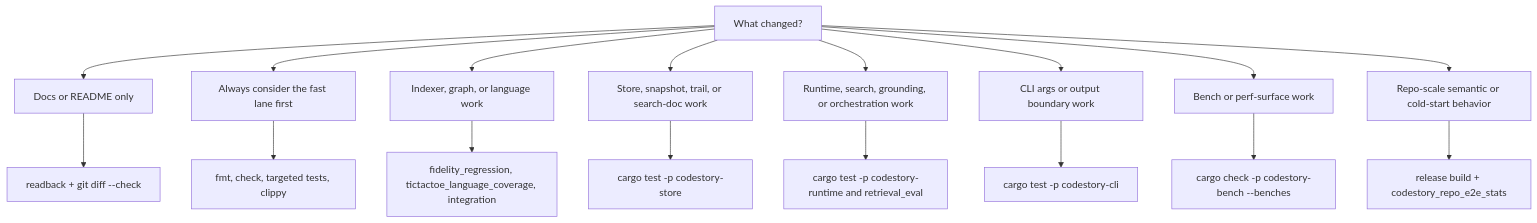
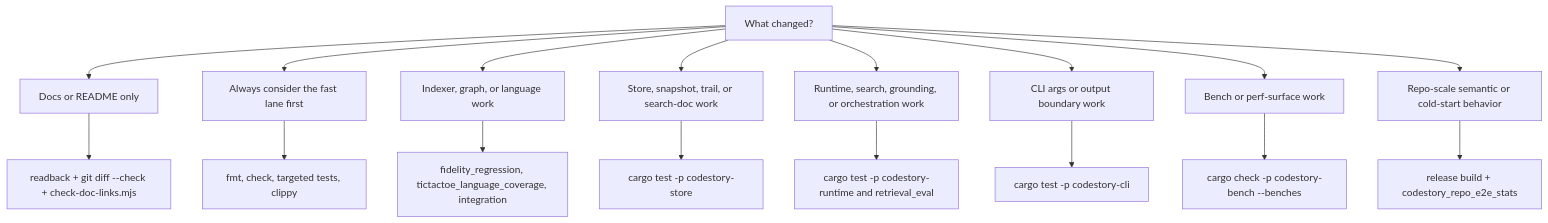
The diagram in docs/contributors/testing-matrix.md (TheGreenCedar/CodeStory), drawn with Mermaid before and after one commit. The commit also changed other lines of this file and 57 other files, not shown here.

````diff
--- a/docs/contributors/testing-matrix.md
+++ b/docs/contributors/testing-matrix.md
@@ -8,19 +10,19 @@
 ```mermaid
 flowchart TD
     change["What changed?"] --> docs["Docs or README only"]
     change["What changed?"] --> always["Always consider the fast lane first"]
     change --> indexer["Indexer, graph, or language work"]
     change --> store["Store, snapshot, trail, or search-doc work"]
     change --> runtime["Runtime, search, grounding, or orchestration work"]
     change --> cli["CLI args or output boundary work"]
     change --> bench["Bench or perf-surface work"]
     change --> e2e["Repo-scale semantic or cold-start behavior"]
-    docs --> docs_checks["readback + git diff --check"]
+    docs --> docs_checks["readback + git diff --check + check-doc-links.mjs"]
     always --> workspace["fmt, check, targeted tests, clippy"]
     indexer --> fidelity["fidelity_regression, tictactoe_language_coverage, integration"]
     store --> store_tests["cargo test -p codestory-store"]
     runtime --> runtime_tests["cargo test -p codestory-runtime and retrieval_eval"]
     cli --> cli_tests["cargo test -p codestory-cli"]
     bench --> bench_checks["cargo check -p codestory-bench --benches"]
     e2e --> e2e_stats["release build + codestory_repo_e2e_stats"]
 ```
````
